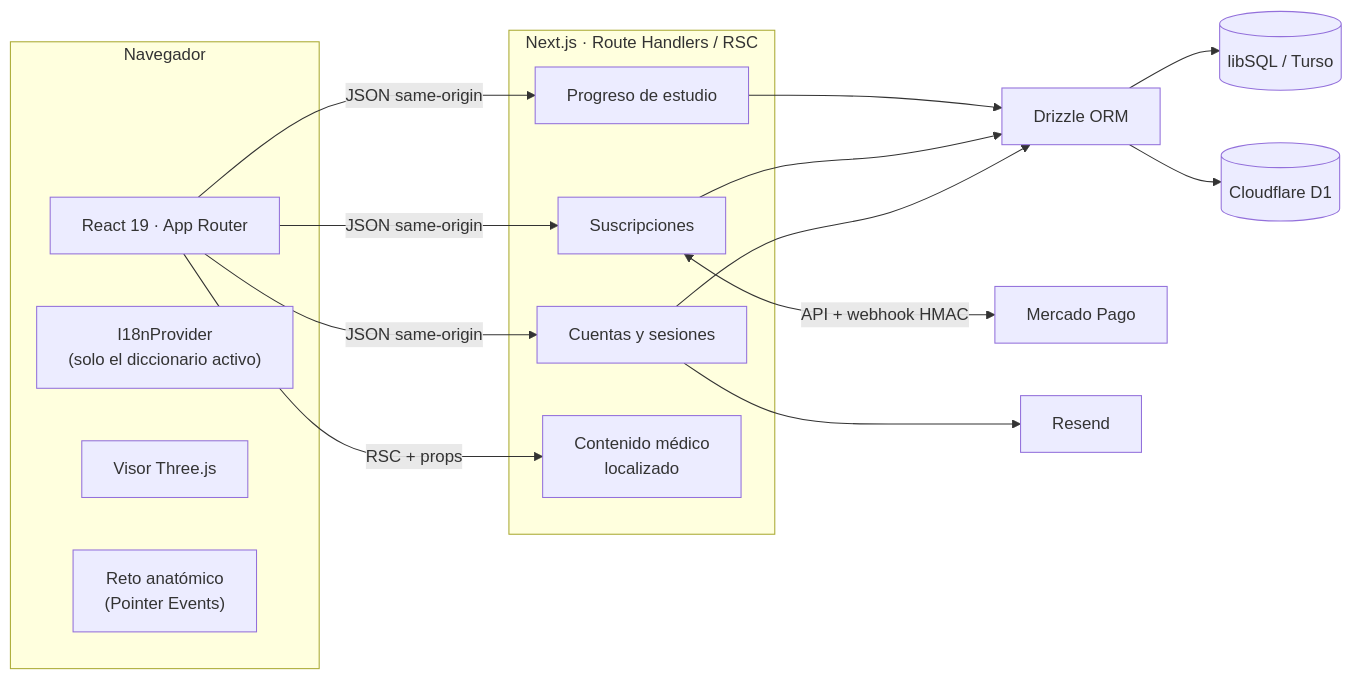
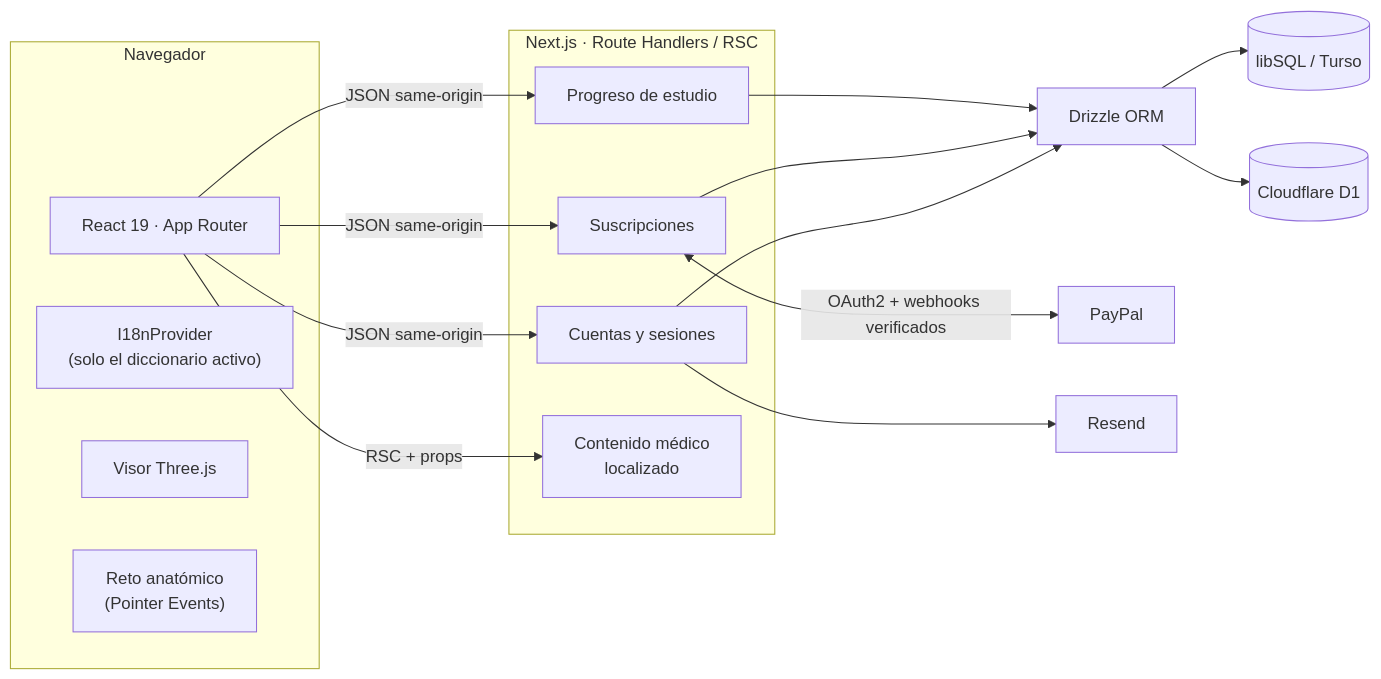
The diagram in README.md (carlosjaime/anatomy-saas), drawn with Mermaid before and after one commit. The commit also changed other lines of this file and 8 other files, not shown here.

First line of the commit message:
docs: design system, audit, models, licenses, PayPal, plans, costs and report

````diff
--- a/README.md
+++ b/README.md
@@ -184,24 +192,24 @@
 ```mermaid
 flowchart LR
     subgraph Cliente["Navegador"]
         UI["React 19 · App Router"]
         I18N["I18nProvider<br/>(solo el diccionario activo)"]
         VIEWER["Visor Three.js"]
         GAME["Reto anatómico<br/>(Pointer Events)"]
     end
 
     subgraph Servidor["Next.js · Route Handlers / RSC"]
         AUTH["Cuentas y sesiones"]
         BILL["Suscripciones"]
         PROG["Progreso de estudio"]
         CONTENT["Contenido médico<br/>localizado"]
     end
 
     UI -->|RSC + props| CONTENT
     UI -->|JSON same-origin| AUTH & BILL & PROG
     AUTH & BILL & PROG --> ORM["Drizzle ORM"]
     ORM --> LIBSQL[("libSQL / Turso")]
     ORM --> D1[("Cloudflare D1")]
-    BILL <-->|API + webhook HMAC| MP["Mercado Pago"]
+    BILL <-->|OAuth2 + webhooks verificados| PP["PayPal"]
     AUTH --> MAIL["Resend"]
 ```
````
